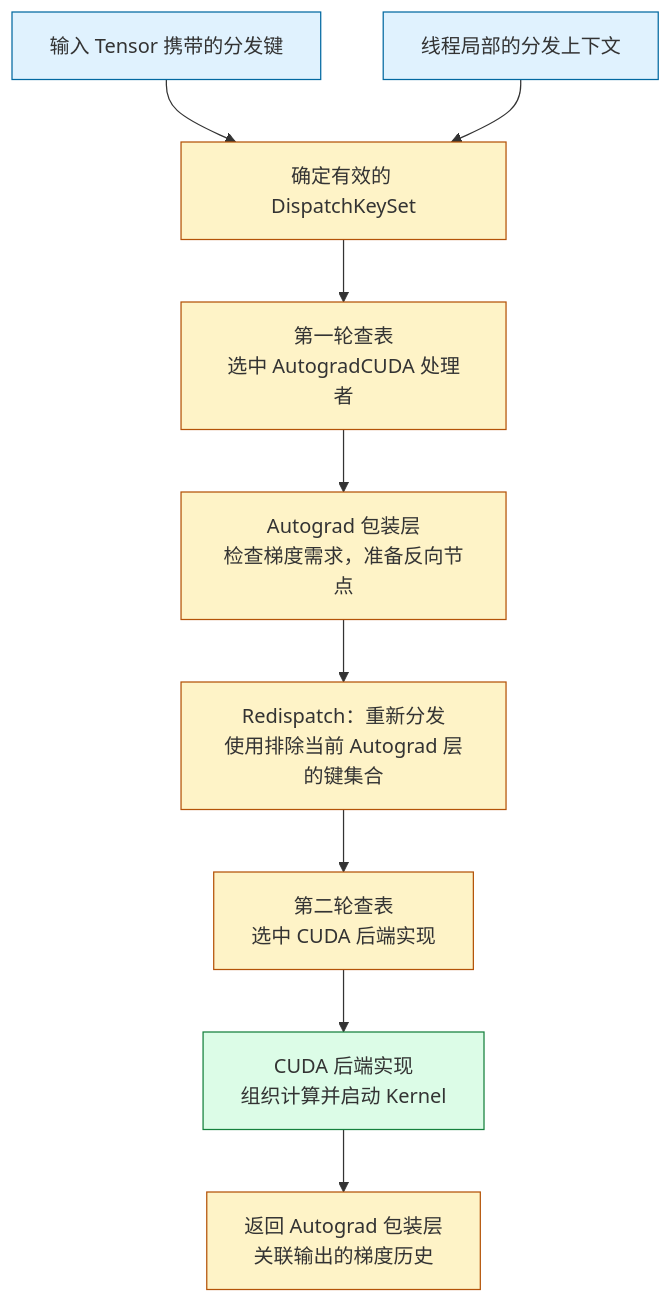
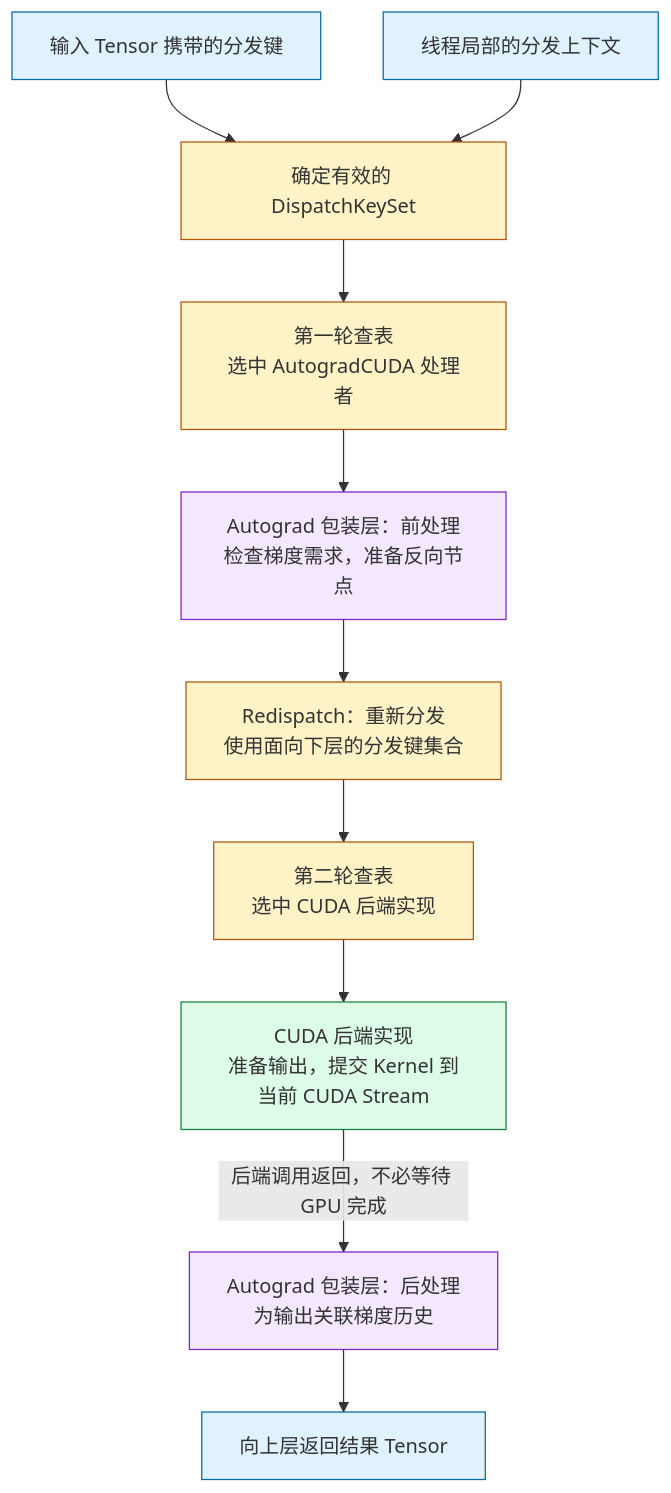
Before and after one commit to arganzheng/arganzheng.github.com: the third of 5 diagrams in _posts/2026-02-17-pytorch-overall-introduction.md, drawn with Mermaid. The commit also changed other lines of this file, not shown here.

First line of the commit message:
优化第二章地图的Mermaid图

````diff
--- a/_posts/2026-02-17-pytorch-overall-introduction.md
+++ b/_posts/2026-02-17-pytorch-overall-introduction.md
@@ -850,25 +848,30 @@
 ```mermaid
 flowchart TB
     T["输入 Tensor 携带的分发键"]
     L["线程局部的分发上下文"]
     K["确定有效的 DispatchKeySet"]
 
     D1["第一轮查表<br/>选中 AutogradCUDA 处理者"]
-    A["Autograd 包装层<br/>检查梯度需求，准备反向节点"]
-    R["Redispatch：重新分发<br/>使用排除当前 Autograd 层的键集合"]
+    A["Autograd 包装层：前处理<br/>检查梯度需求，准备反向节点"]
+    R["Redispatch：重新分发<br/>使用面向下层的分发键集合"]
     D2["第二轮查表<br/>选中 CUDA 后端实现"]
-    C["CUDA 后端实现<br/>组织计算并启动 Kernel"]
-    H["返回 Autograd 包装层<br/>关联输出的梯度历史"]
+    C["CUDA 后端实现<br/>准备输出，提交 Kernel 到当前 CUDA Stream"]
+    H["Autograd 包装层：后处理<br/>为输出关联梯度历史"]
+    O["向上层返回结果 Tensor"]
 
     T --> K
     L --> K
-    K --> D1 --> A --> R --> D2 --> C --> H
+    K --> D1 --> A --> R --> D2 --> C
+    C -->|"后端调用返回，不必等待 GPU 完成"| H
+    H --> O
 
     classDef input fill:#e0f2fe,stroke:#0369a1;
     classDef dispatch fill:#fef3c7,stroke:#b45309;
+    classDef autograd fill:#f3e8ff,stroke:#7e22ce;
     classDef compute fill:#dcfce7,stroke:#15803d;
 
-    class T,L input;
-    class K,D1,A,R,D2,H dispatch;
+    class T,L,O input;
+    class K,D1,R,D2 dispatch;
+    class A,H autograd;
     class C compute;
 ```
````
